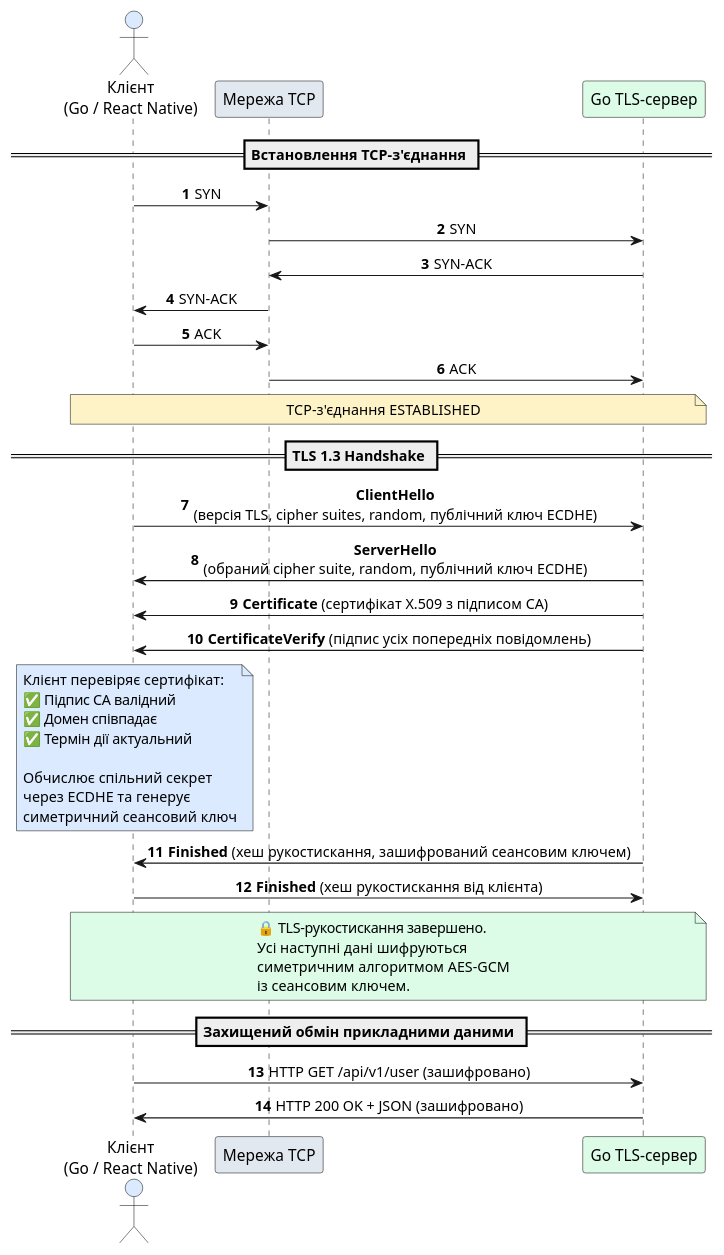
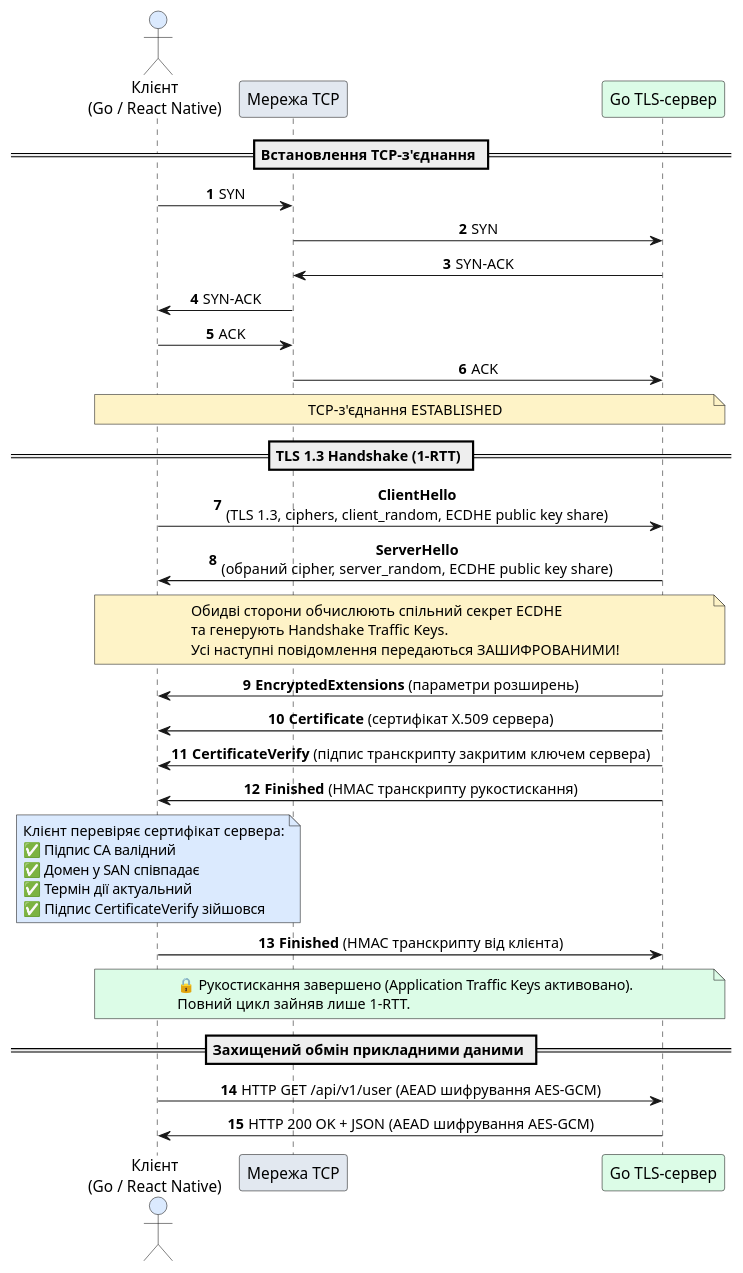
One commit to arakviel/kostyl.dev changed the fifth of 7 diagrams in content/17.client-server-architecture/06.tls-cryptographic-channel-protection.md. Above: the diagram before and after it, drawn with PlantUML. The commit also changed other lines of this file and 8 other files, not shown here.

Commit message:
docs: add TLS cryptographic channel diagrams and update UDP and TLS content

````diff
--- a/content/17.client-server-architecture/06.tls-cryptographic-channel-protection.md
+++ b/content/17.client-server-architecture/06.tls-cryptographic-channel-protection.md
@@ -338,54 +396,57 @@
 ```plantuml
 @startuml
 skinparam style plain
 autonumber
 skinparam backgroundColor #FFFFFF
 skinparam sequenceMessageAlign center
 
 actor "Клієнт\n(Go / React Native)" as Client #DBEAFE
 participant "Мережа TCP" as Network #E2E8F0
 participant "Go TLS-сервер" as Server #DCFCE7
 
 == Встановлення TCP-з'єднання ==
 Client -> Network : SYN
 Network -> Server : SYN
 Server -> Network : SYN-ACK
 Network -> Client : SYN-ACK
 Client -> Network : ACK
 Network -> Server : ACK
 note over Client, Server #FEF3C7
   TCP-з'єднання ESTABLISHED
 end note
 
-== TLS 1.3 Handshake ==
-Client -> Server : **ClientHello**\n(версія TLS, cipher suites, random, публічний ключ ECDHE)
-Server -> Client : **ServerHello**\n(обраний cipher suite, random, публічний ключ ECDHE)
-Server -> Client : **Certificate** (сертифікат X.509 з підписом CA)
-Server -> Client : **CertificateVerify** (підпис усіх попередніх повідомлень)
+== TLS 1.3 Handshake (1-RTT) ==
+Client -> Server : **ClientHello**\n(TLS 1.3, ciphers, client_random, ECDHE public key share)
+Server -> Client : **ServerHello**\n(обраний cipher, server_random, ECDHE public key share)
+
+note over Client, Server #FEF3C7
+  Обидві сторони обчислюють спільний секрет ECDHE
+  та генерують Handshake Traffic Keys.
+  Усі наступні повідомлення передаються ЗАШИФРОВАНИМИ!
+end note
+
+Server -> Client : **EncryptedExtensions** (параметри розширень)
+Server -> Client : **Certificate** (сертифікат X.509 сервера)
+Server -> Client : **CertificateVerify** (підпис транскрипту закритим ключем сервера)
+Server -> Client : **Finished** (HMAC транскрипту рукостискання)
 
 note over Client #DBEAFE
-  Клієнт перевіряє сертифікат:
+  Клієнт перевіряє сертифікат сервера:
   ✅ Підпис CA валідний
-  ✅ Домен співпадає
+  ✅ Домен у SAN співпадає
   ✅ Термін дії актуальний
-  
-  Обчислює спільний секрет
-  через ECDHE та генерує
-  симетричний сеансовий ключ
+  ✅ Підпис CertificateVerify зійшовся
 end note
 
-Server -> Client : **Finished** (хеш рукостискання, зашифрований сеансовим ключем)
-Client -> Server : **Finished** (хеш рукостискання від клієнта)
+Client -> Server : **Finished** (HMAC транскрипту від клієнта)
 
 note over Client, Server #DCFCE7
-  🔒 TLS-рукостискання завершено.
-  Усі наступні дані шифруються
-  симетричним алгоритмом AES-GCM
-  із сеансовим ключем.
+  🔒 Рукостискання завершено (Application Traffic Keys активовано).
+  Повний цикл зайняв лише 1-RTT.
 end note
 
 == Захищений обмін прикладними даними ==
-Client -> Server : HTTP GET /api/v1/user (зашифровано)
-Server -> Client : HTTP 200 OK + JSON (зашифровано)
+Client -> Server : HTTP GET /api/v1/user (AEAD шифрування AES-GCM)
+Server -> Client : HTTP 200 OK + JSON (AEAD шифрування AES-GCM)
 @enduml
 ```
````
